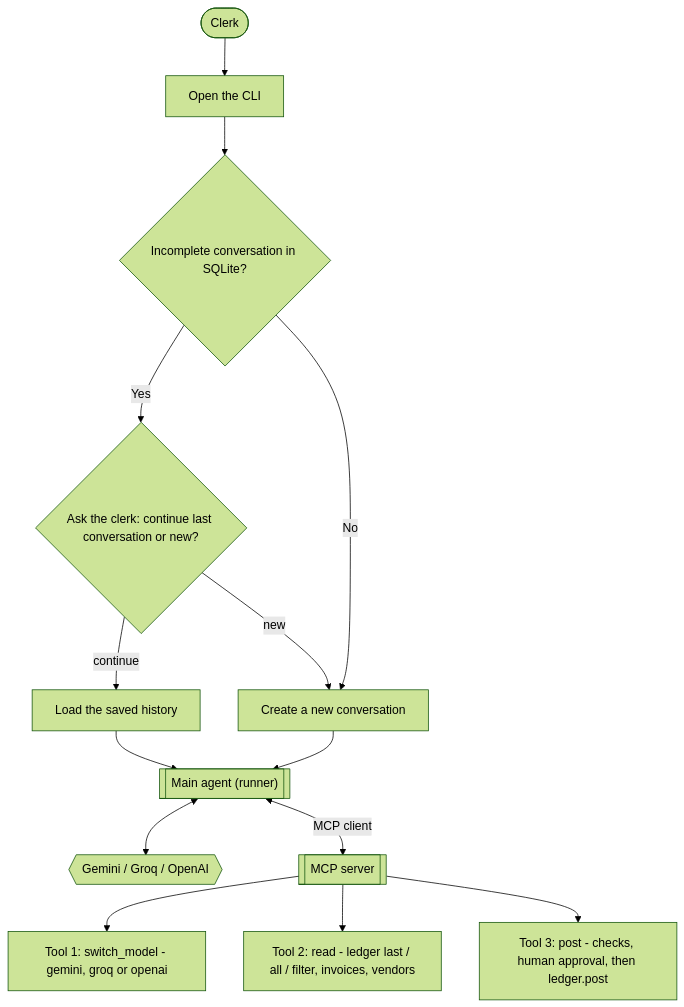
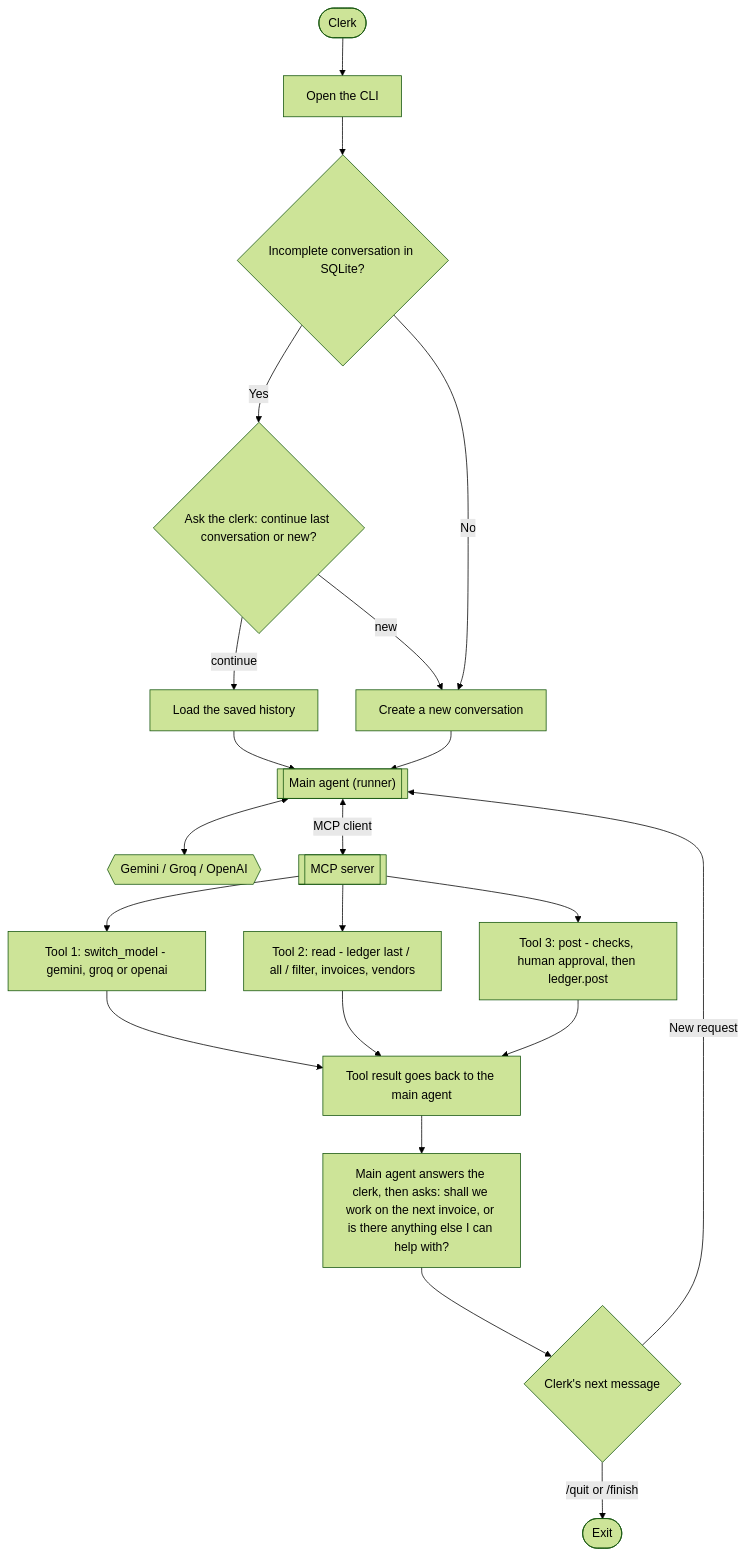
Before and after one commit to dixitbuild/fourX: the diagram in FourX_Agent_Implementation_Plan.md, drawn with Mermaid (forest theme). The commit also changed other lines of this file, not shown here.

````diff
--- a/FourX_Agent_Implementation_Plan.md
+++ b/FourX_Agent_Implementation_Plan.md
@@ -104,16 +107,23 @@
 ```mermaid
 flowchart TD
     Clerk([Clerk]) --> Launch[Open the CLI]
     Launch --> Find{"Incomplete conversation in SQLite?"}
     Find -->|Yes| Ask{"Ask the clerk: continue last conversation or new?"}
     Ask -->|continue| Resume[Load the saved history]
     Ask -->|new| Create[Create a new conversation]
     Find -->|No| Create
     Resume --> Agent[["Main agent (runner)"]]
     Create --> Agent
     Agent <--> Model{{Gemini / Groq / OpenAI}}
     Agent <-->|MCP client| MCP[[MCP server]]
     MCP --> Switch["Tool 1: switch_model - gemini, groq or openai"]
     MCP --> Read["Tool 2: read - ledger last / all / filter, invoices, vendors"]
     MCP --> Post["Tool 3: post - checks, human approval, then ledger.post"]
+    Switch --> Result
+    Read --> Result
+    Post --> Result[Tool result goes back to the main agent]
+    Result --> Reply["Main agent answers the clerk, then asks: shall we work on the next invoice, or is there anything else I can help with?"]
+    Reply --> Next{Clerk's next message}
+    Next -->|"New request"| Agent
+    Next -->|"/quit or /finish"| End([Exit])
 ```
````
